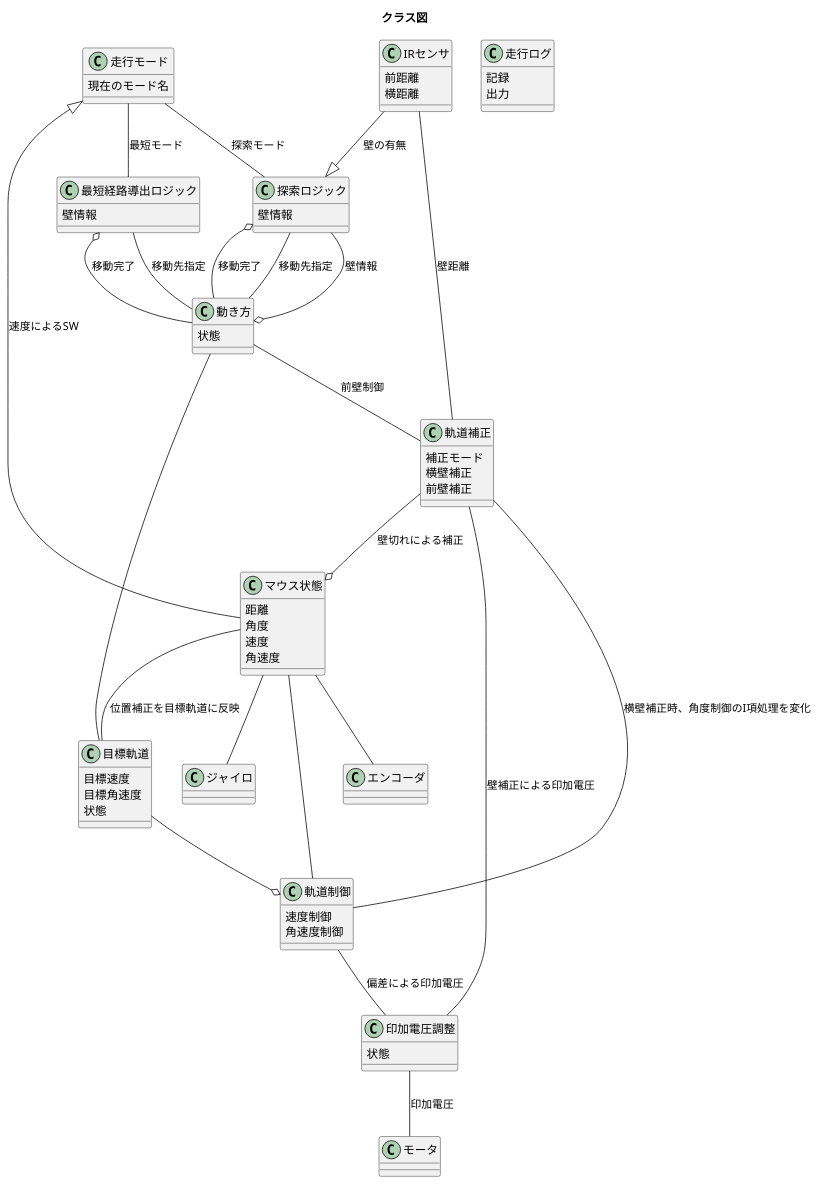
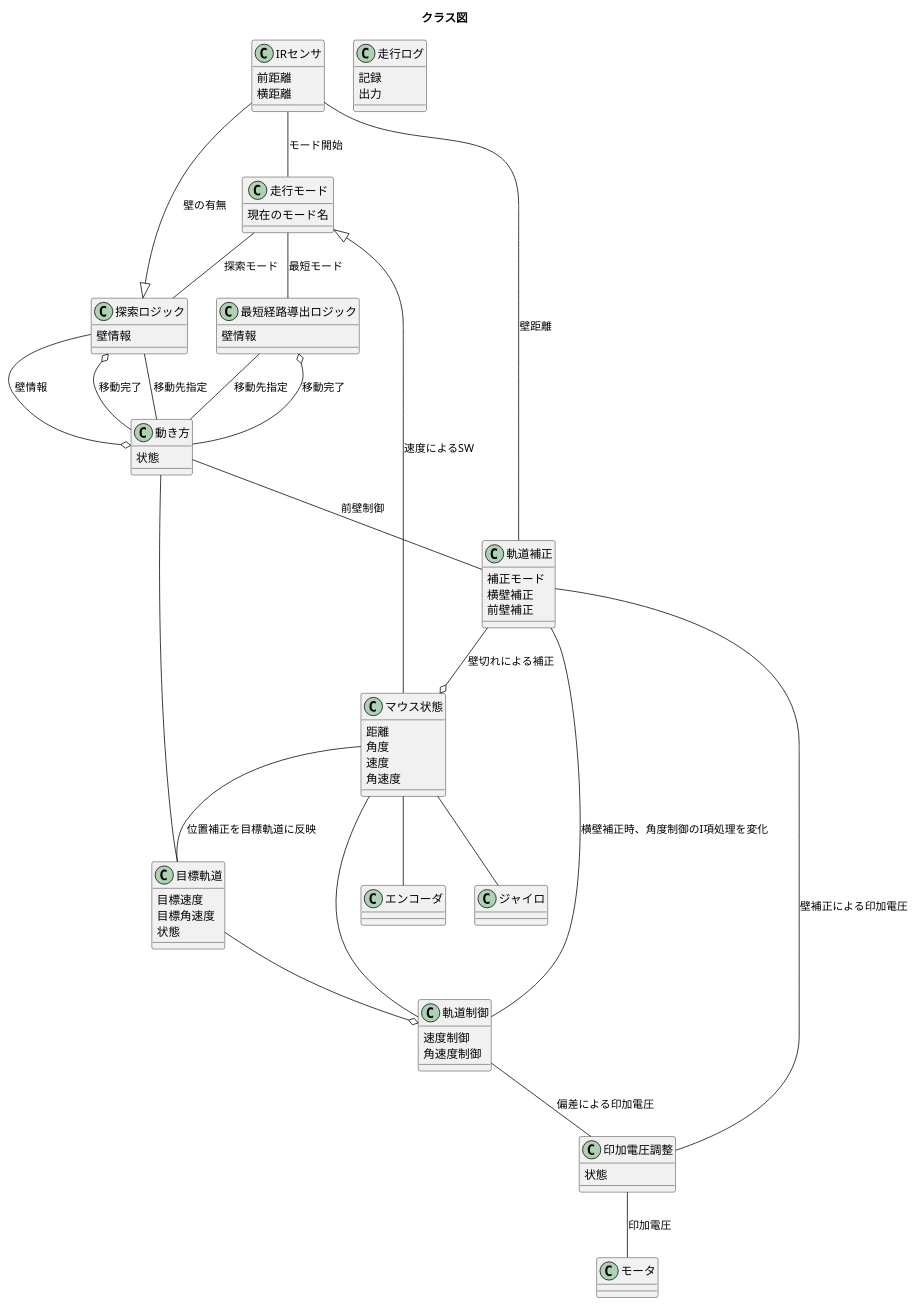
The diagram in uml/class.pu (okada-y/micromouse), drawn with PlantUML before and after one commit.

Commit message:
IRセンサと走行モードの関連を追加

```diff
--- a/uml/class.pu
+++ b/uml/class.pu
@@ -1,100 +1,102 @@
 @startuml
 title クラス図
 
 class 走行モード
 走行モード : 現在のモード名
 
 Class 目標軌道
 目標軌道 : 目標速度
 目標軌道 : 目標角速度 
 目標軌道 : 状態
 
 class エンコーダ
 
 class ジャイロ
 
 
 class マウス状態
 マウス状態 : 距離
 マウス状態 : 角度
 マウス状態 : 速度
 マウス状態 : 角速度
 
 
 class 動き方
 動き方 : 状態
 
 class 印加電圧調整
 印加電圧調整 : 状態
 
 class 軌道補正
 軌道補正 : 補正モード
 軌道補正 : 横壁補正
 軌道補正 : 前壁補正
 
 class IRセンサ
 IRセンサ : 前距離
 IRセンサ : 横距離
 
 class 探索ロジック
 探索ロジック : 壁情報
 
 class 最短経路導出ロジック
 最短経路導出ロジック : 壁情報
 
 class 軌道制御
 軌道制御 : 速度制御
 軌道制御 : 角速度制御
 
 class モータ
 
 
 class 走行ログ
 走行ログ : 記録
 走行ログ : 出力
 
 
 走行モード <|-- マウス状態 : 速度によるSW
 
 走行モード -- 探索ロジック : 探索モード
 
 走行モード -- 最短経路導出ロジック : 最短モード
 
 最短経路導出ロジック -- 動き方 : 移動先指定
 最短経路導出ロジック o-- 動き方 : 移動完了
 
 探索ロジック -- 動き方 : 移動先指定
 探索ロジック --o 動き方 : 壁情報
 探索ロジック o-- 動き方 : 移動完了
 
 動き方 -- 目標軌道 
 
 動き方 -- 軌道補正 : 前壁制御
 
 目標軌道 --o 軌道制御
 
 軌道制御 -- 印加電圧調整 : 偏差による印加電圧
 
 軌道補正 -- 印加電圧調整 : 壁補正による印加電圧
 
 軌道補正 -- 軌道制御 : 横壁補正時、角度制御のI項処理を変化
 
 印加電圧調整 -- モータ : 印加電圧
 
 IRセンサ -- 軌道補正 : 壁距離
 
 マウス状態 -- 軌道制御
 
 IRセンサ --|> 探索ロジック : 壁の有無
 
 マウス状態 -- エンコーダ
 
 マウス状態 -- ジャイロ
 
 軌道補正 --o マウス状態 : 壁切れによる補正
 
 マウス状態 -- 目標軌道 : 位置補正を目標軌道に反映
 
+IRセンサ -- 走行モード : モード開始
+
 
 
 @enduml
```
